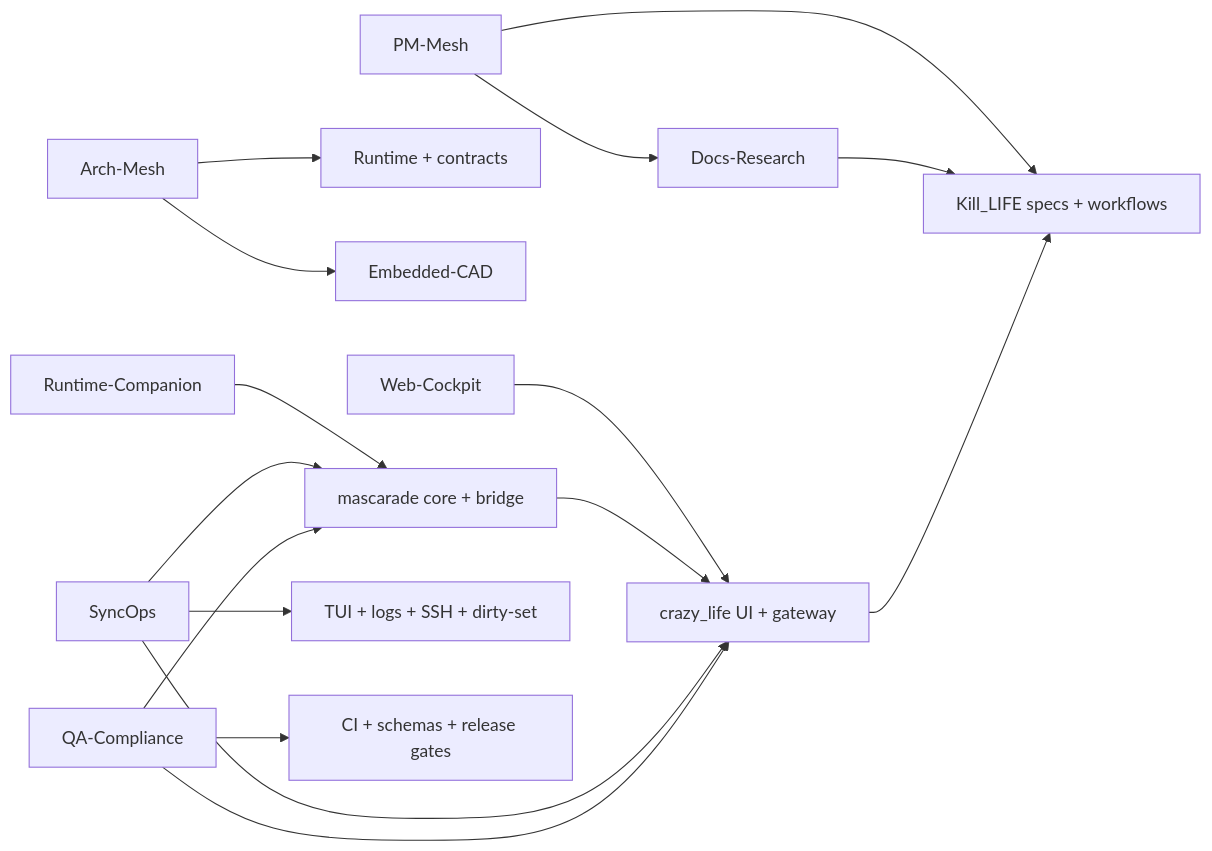
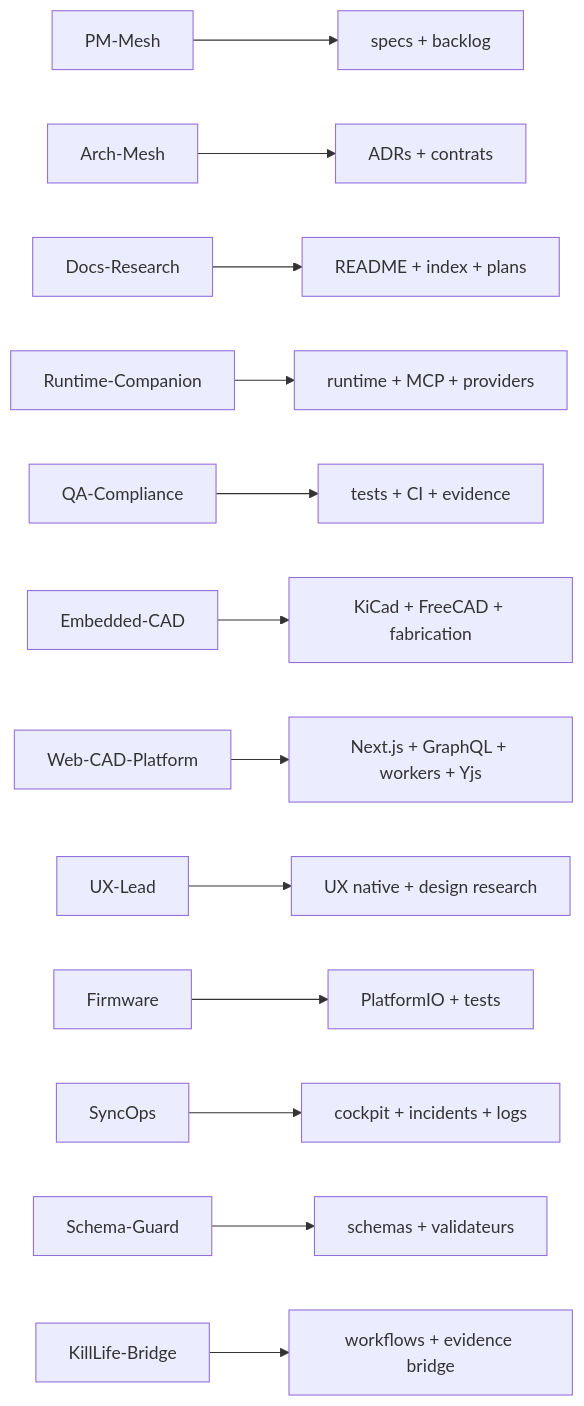
One commit to electron-rare/Kill_LIFE changed the diagram in docs/AGENT_SPEC_MODULE_MATRIX_2026-03-20.md. Above: the diagram before and after it, drawn with Mermaid. The commit also changed other lines of this file and 249 other files, not shown here.

````diff
--- a/docs/AGENT_SPEC_MODULE_MATRIX_2026-03-20.md
+++ b/docs/AGENT_SPEC_MODULE_MATRIX_2026-03-20.md
@@ -13,18 +14,15 @@
 ```mermaid
 flowchart LR
-  PM[PM-Mesh] --> KL[Kill_LIFE specs + workflows]
-  PM --> DOC[Docs-Research]
-  ARCH[Arch-Mesh] --> MCP[Runtime + contracts]
-  ARCH --> CAD[Embedded-CAD]
-  WEB[Web-Cockpit] --> UI[crazy_life UI + gateway]
-  RUN[Runtime-Companion] --> MAS[mascarade core + bridge]
-  OPS[SyncOps] --> TUI[TUI + logs + SSH + dirty-set]
-  QA[QA-Compliance] --> CI[CI + schemas + release gates]
-  DOC --> KL
-  MAS --> UI
-  UI --> KL
-  OPS --> MAS
-  OPS --> UI
-  QA --> MAS
-  QA --> UI
+  PM["PM-Mesh"] --> KL["specs + backlog"]
+  ARCH["Arch-Mesh"] --> CONTRACTS["ADRs + contrats"]
+  DOCS["Docs-Research"] --> ENTRY["README + index + plans"]
+  RUNTIME["Runtime-Companion"] --> MCP["runtime + MCP + providers"]
+  QA["QA-Compliance"] --> GATES["tests + CI + evidence"]
+  CAD["Embedded-CAD"] --> FAB["KiCad + FreeCAD + fabrication"]
+  WEB["Web-CAD-Platform"] --> EDA["Next.js + GraphQL + workers + Yjs"]
+  UX["UX-Lead"] --> UI["UX native + design research"]
+  FW["Firmware"] --> TARGET["PlatformIO + tests"]
+  OPS["SyncOps"] --> COCKPIT["cockpit + incidents + logs"]
+  SCHEMA["Schema-Guard"] --> JSON["schemas + validateurs"]
+  BRIDGE["KillLife-Bridge"] --> FLOW["workflows + evidence bridge"]
 ```
````
